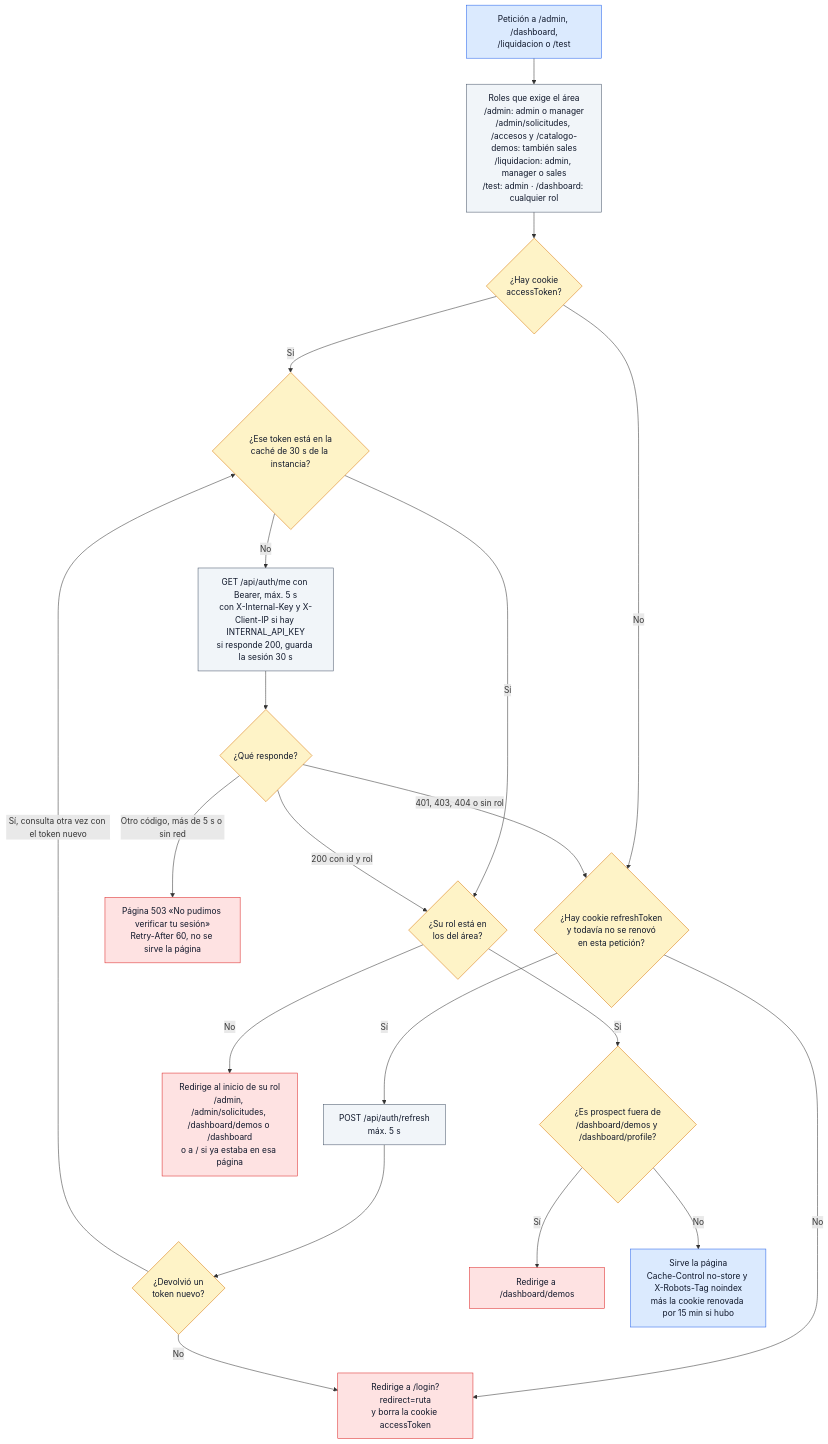
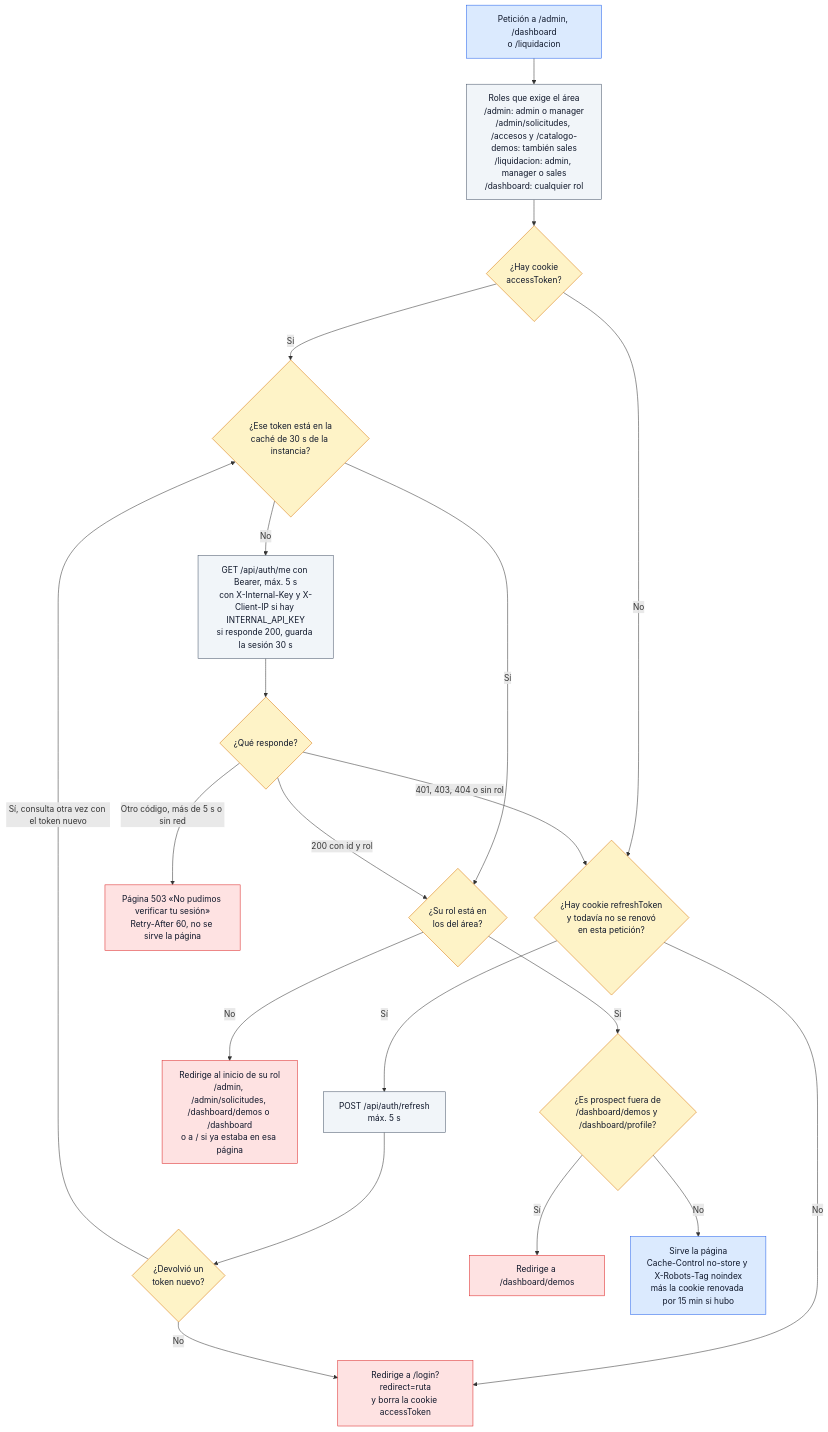
One commit to ronalc90/koptup changed the first of 23 diagrams in docs/wiki/Doc-14-3-Flujos-Tecnicos.md. Above: the diagram before and after it, drawn with Mermaid. The commit also changed other lines of this file and 116 other files, not shown here.

````diff
--- a/docs/wiki/Doc-14-3-Flujos-Tecnicos.md
+++ b/docs/wiki/Doc-14-3-Flujos-Tecnicos.md
@@ -63,44 +63,44 @@
 ```mermaid
 flowchart TD
     classDef visitante fill:#dbeafe,stroke:#2563eb,color:#0f172a
     classDef sistema fill:#f1f5f9,stroke:#475569,color:#0f172a
     classDef admin fill:#f3e8ff,stroke:#9333ea,color:#0f172a
     classDef aviso fill:#dcfce7,stroke:#16a34a,color:#0f172a
     classDef decision fill:#fef3c7,stroke:#d97706,color:#0f172a
     classDef error fill:#fee2e2,stroke:#dc2626,color:#0f172a
     classDef externo fill:#fdf4ff,stroke:#c026d3,color:#0f172a
 
-    A["Petición a /admin, /dashboard,<br/>/liquidacion o /test"]:::visitante
-    R["Roles que exige el área<br/>/admin: admin o manager<br/>/admin/solicitudes, /accesos y /catalogo-demos: también sales<br/>/liquidacion: admin, manager o sales<br/>/test: admin · /dashboard: cualquier rol"]:::sistema
+    A["Petición a /admin, /dashboard<br/>o /liquidacion"]:::visitante
+    R["Roles que exige el área<br/>/admin: admin o manager<br/>/admin/solicitudes, /accesos y /catalogo-demos: también sales<br/>/liquidacion: admin, manager o sales<br/>/dashboard: cualquier rol"]:::sistema
     Q1{"¿Hay cookie<br/>accessToken?"}:::decision
     Q2{"¿Ese token está en la<br/>caché de 30 s de la instancia?"}:::decision
     ME["GET /api/auth/me con Bearer, máx. 5 s<br/>con X-Internal-Key y X-Client-IP si hay INTERNAL_API_KEY<br/>si responde 200, guarda la sesión 30 s"]:::sistema
     Q3{"¿Qué responde?"}:::decision
     Q4{"¿Hay cookie refreshToken<br/>y todavía no se renovó<br/>en esta petición?"}:::decision
     RF["POST /api/auth/refresh<br/>máx. 5 s"]:::sistema
     Q5{"¿Devolvió un<br/>token nuevo?"}:::decision
     E503["Página 503 «No pudimos verificar tu sesión»<br/>Retry-After 60, no se sirve la página"]:::error
     LOGIN["Redirige a /login?redirect=ruta<br/>y borra la cookie accessToken"]:::error
     Q6{"¿Su rol está en<br/>los del área?"}:::decision
     HOME["Redirige al inicio de su rol<br/>/admin, /admin/solicitudes, /dashboard/demos o /dashboard<br/>o a / si ya estaba en esa página"]:::error
     Q7{"¿Es prospect fuera de<br/>/dashboard/demos y /dashboard/profile?"}:::decision
     PD["Redirige a /dashboard/demos"]:::error
     OK["Sirve la página<br/>Cache-Control no-store y X-Robots-Tag noindex<br/>más la cookie renovada por 15 min si hubo"]:::visitante
 
     A --> R --> Q1
     Q1 -->|Sí| Q2
     Q1 -->|No| Q4
     Q2 -->|Sí| Q6
     Q2 -->|No| ME --> Q3
     Q3 -->|200 con id y rol| Q6
     Q3 -->|"401, 403, 404 o sin rol"| Q4
     Q3 -->|"Otro código, más de 5 s o sin red"| E503
     Q4 -->|Sí| RF --> Q5
     Q4 -->|No| LOGIN
     Q5 -->|Sí, consulta otra vez con el token nuevo| Q2
     Q5 -->|No| LOGIN
     Q6 -->|No| HOME
     Q6 -->|Sí| Q7
     Q7 -->|Sí| PD
     Q7 -->|No| OK
 ```
````
